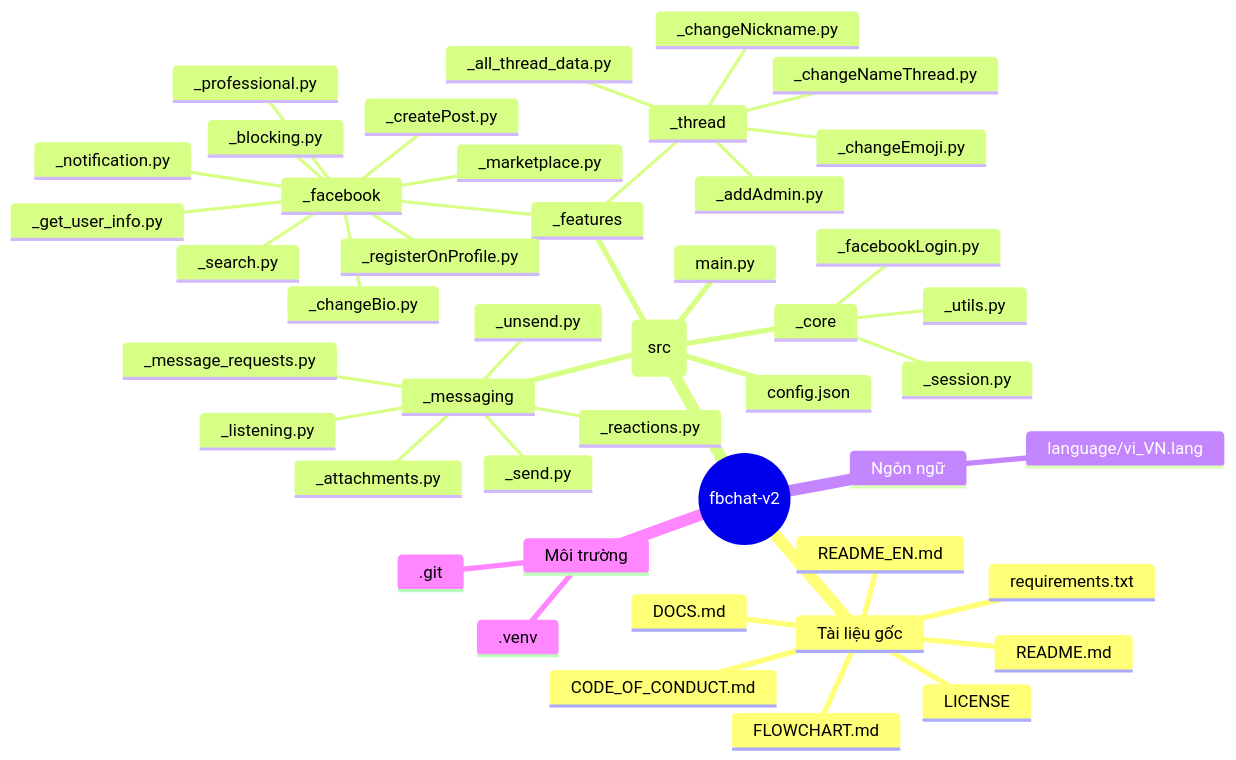
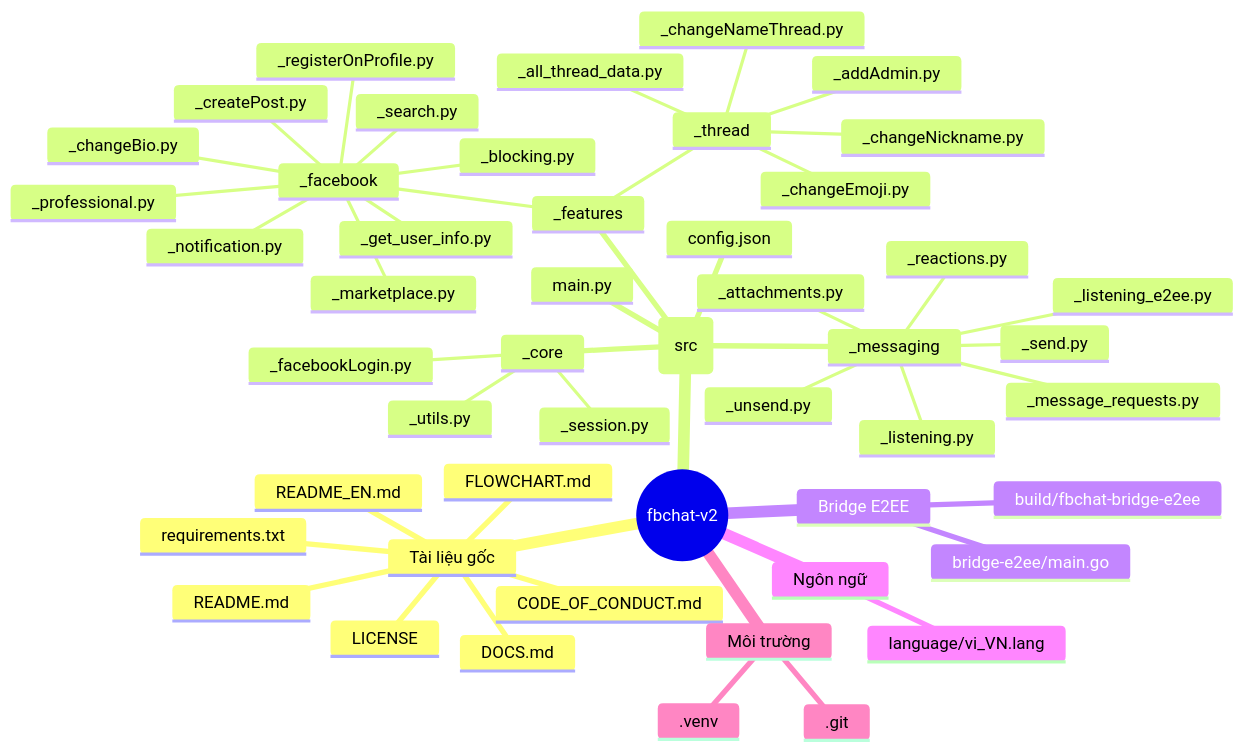
Before and after one commit to m008v/fbchat-v2: the second of 2 diagrams in README.md, drawn with Mermaid. The commit also changed other lines of this file and 18 other files, not shown here.

````diff
--- a/README.md
+++ b/README.md
@@ -161,48 +170,52 @@
 ```mermaid
 mindmap
   root((fbchat-v2))
     Tài liệu gốc
       README.md
       README_EN.md
       DOCS.md
       FLOWCHART.md
       CODE_OF_CONDUCT.md
       LICENSE
       requirements.txt
     Mã nguồn (src)
       main.py
       config.json
       _core
         _facebookLogin.py
         _session.py
         _utils.py
       _features
         _facebook
           _blocking.py
           _changeBio.py
           _createPost.py
           _get_user_info.py
           _marketplace.py
           _notification.py
           _professional.py
           _registerOnProfile.py
           _search.py
         _thread
           _addAdmin.py
           _all_thread_data.py
           _changeEmoji.py
           _changeNameThread.py
           _changeNickname.py
       _messaging
         _attachments.py
         _listening.py
+        _listening_e2ee.py
         _message_requests.py
         _reactions.py
         _send.py
         _unsend.py
+    Bridge E2EE
+      bridge-e2ee/main.go
+      build/fbchat-bridge-e2ee
     Ngôn ngữ
       language/vi_VN.lang
     Môi trường
       .venv
       .git
 ```
````
